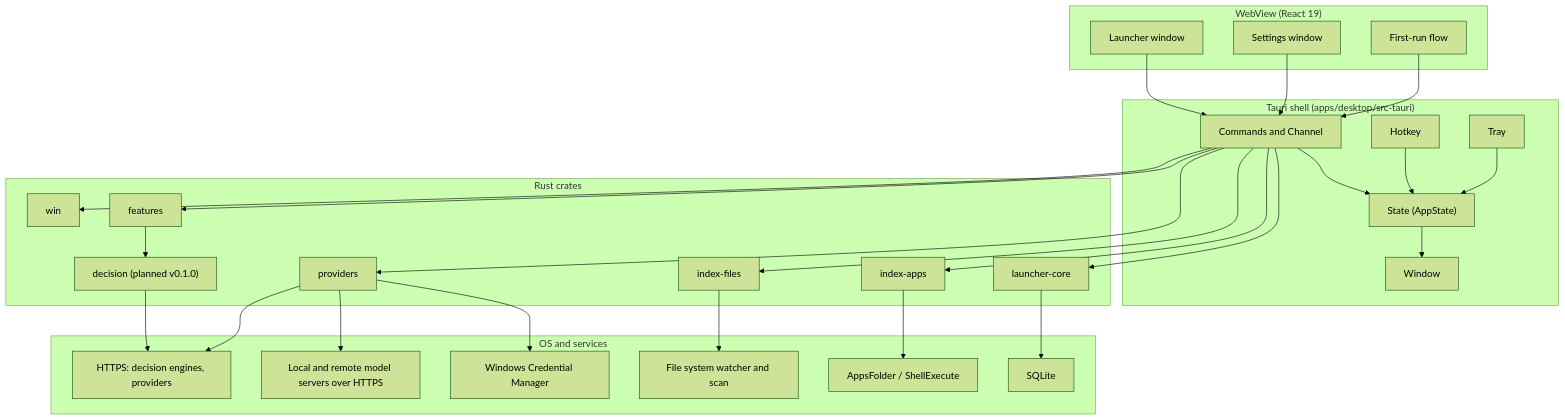
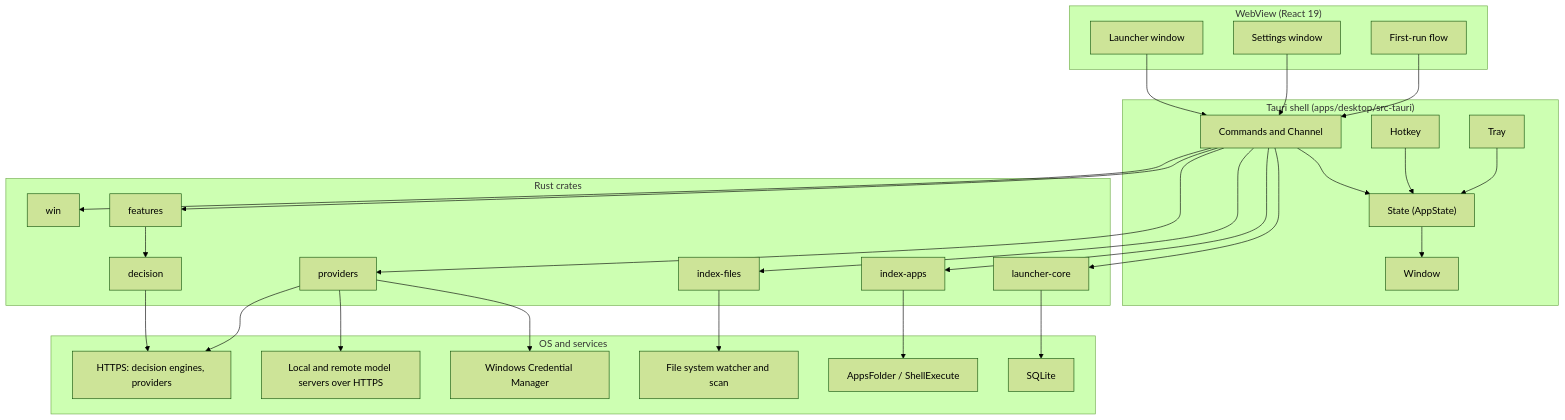
The diagram in docs/architecture.md (akshit-bansal11/flick-root), drawn with Mermaid (forest theme) before and after one commit. The commit also changed other lines of this file and 59 other files, not shown here.

````diff
--- a/docs/architecture.md
+++ b/docs/architecture.md
@@ -7,53 +7,53 @@
 ```mermaid
 flowchart TD
   subgraph UI["WebView (React 19)"]
     L["Launcher window"]
     S["Settings window"]
     F["First-run flow"]
   end
   subgraph SHELL["Tauri shell (apps/desktop/src-tauri)"]
     CMD["Commands and Channel"]
     ST["State (AppState)"]
     HK["Hotkey"]
     TR["Tray"]
     WN["Window"]
   end
   subgraph CRATES["Rust crates"]
     LC["launcher-core"]
     IA["index-apps"]
     IF["index-files"]
     PR["providers"]
     FE["features"]
     WI["win"]
-    DE["decision (planned v0.1.0)"]
+    DE["decision"]
   end
   subgraph OS["OS and services"]
     APPS["AppsFolder / ShellExecute"]
     FSW["File system watcher and scan"]
     CM["Windows Credential Manager"]
     DB["SQLite"]
     NET["HTTPS: decision engines, providers"]
     LOC["Local and remote model servers over HTTPS"]
   end
   L --> CMD
   S --> CMD
   F --> CMD
   CMD --> ST
   HK --> ST
   TR --> ST
   ST --> WN
   CMD --> LC
   CMD --> IA
   CMD --> IF
   CMD --> PR
   CMD --> FE
   CMD --> WI
   FE --> DE
   IA --> APPS
   IF --> FSW
   PR --> CM
   LC --> DB
   DE --> NET
   PR --> LOC
   PR --> NET
 ```
````
